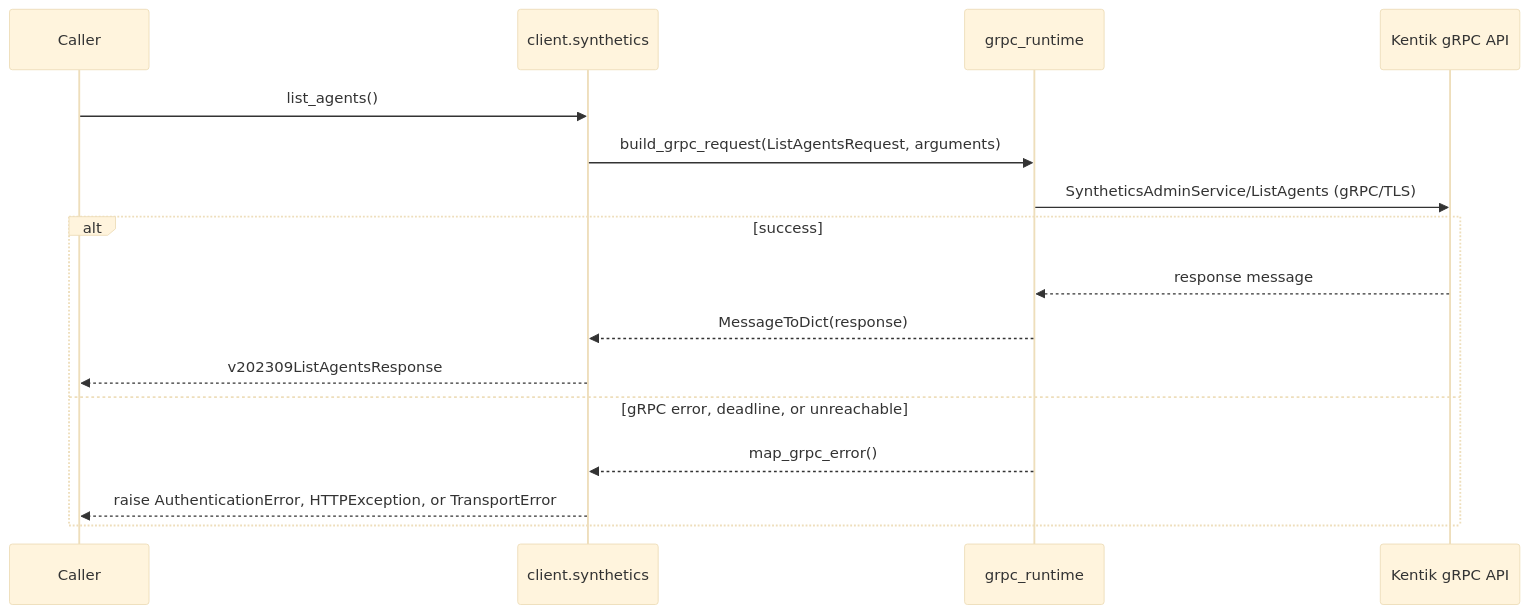
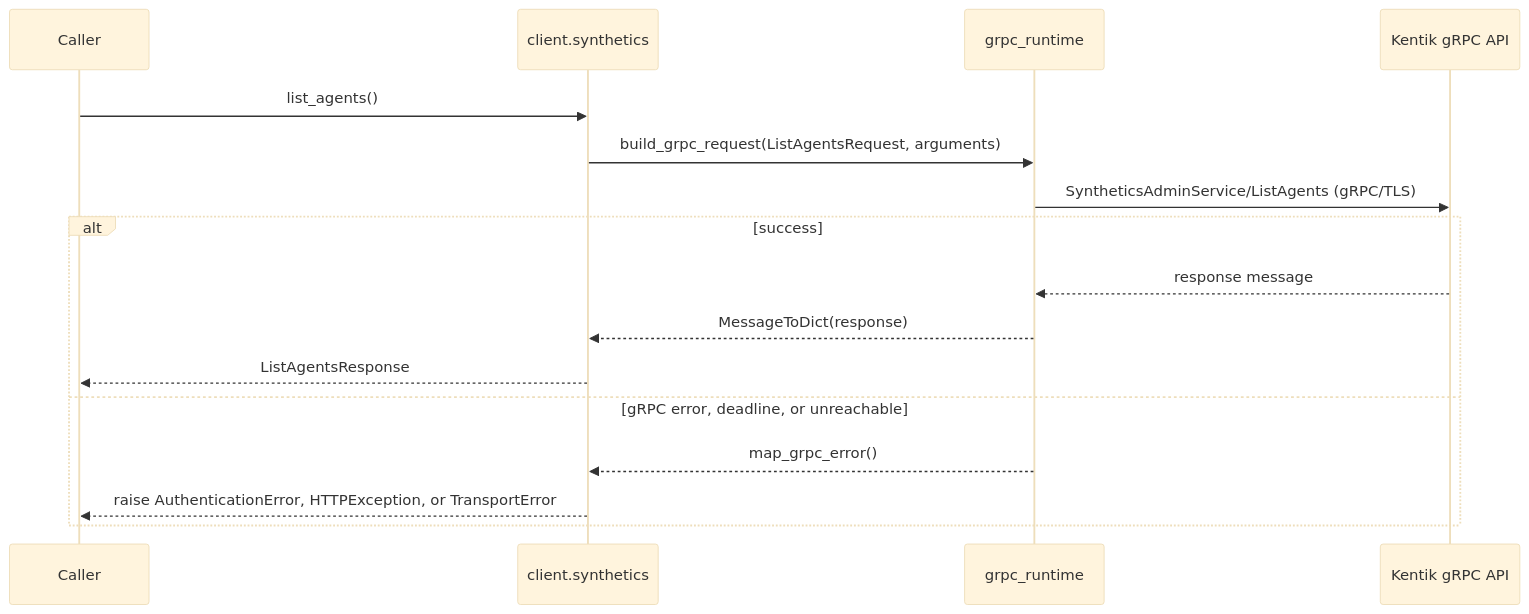
One commit to alexdearaujo/community_sdk_python changed diagram 13 of 38 in docs/sphinx/services/synthetics.md. Above: the diagram before and after it, drawn with Mermaid (base theme). The commit also changed other lines of this file and 38 other files, not shown here.

````diff
--- a/docs/sphinx/services/synthetics.md
+++ b/docs/sphinx/services/synthetics.md
@@ -441,19 +441,19 @@
 ```mermaid
 sequenceDiagram
     participant C as Caller
     participant W as client.synthetics
     participant R as grpc_runtime
     participant API as Kentik gRPC API
 
     C->>W: list_agents()
     W->>R: build_grpc_request(ListAgentsRequest, arguments)
     R->>API: SyntheticsAdminService/ListAgents (gRPC/TLS)
     alt success
         API-->>R: response message
         R-->>W: MessageToDict(response)
-        W-->>C: v202309ListAgentsResponse
+        W-->>C: ListAgentsResponse
     else gRPC error, deadline, or unreachable
         R-->>W: map_grpc_error()
         W-->>C: raise AuthenticationError, HTTPException, or TransportError
     end
 ```
````
